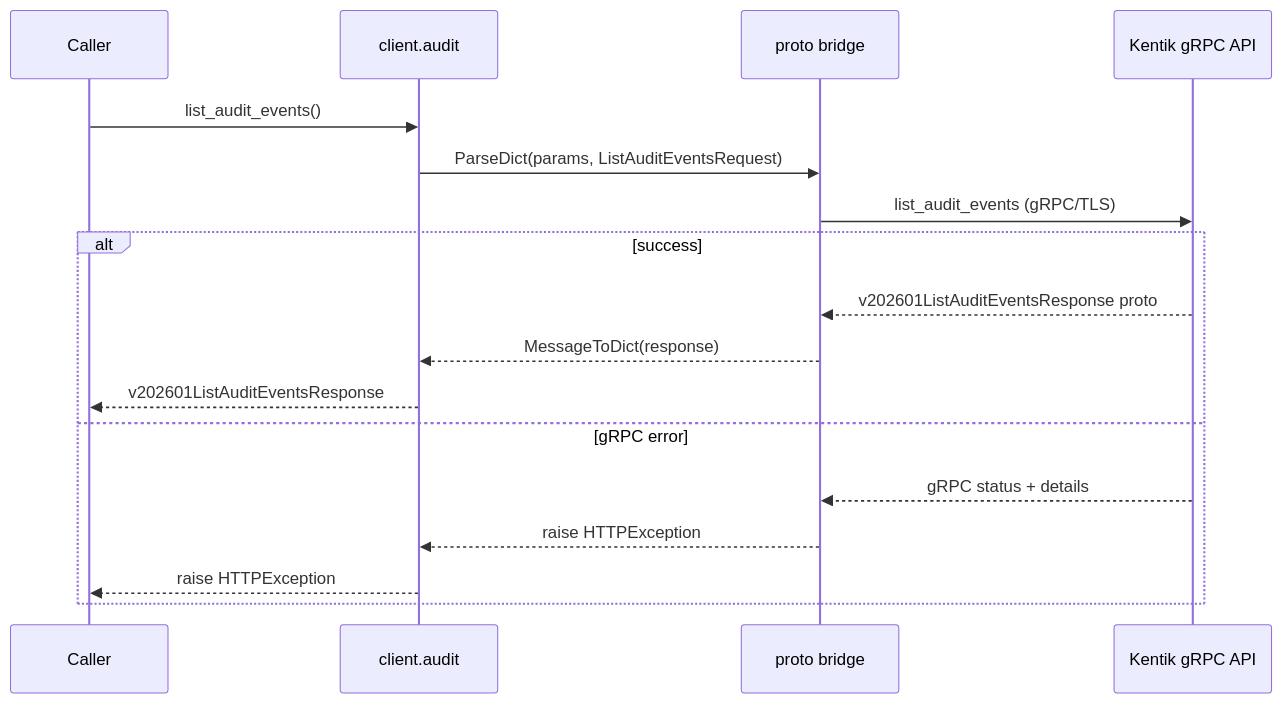
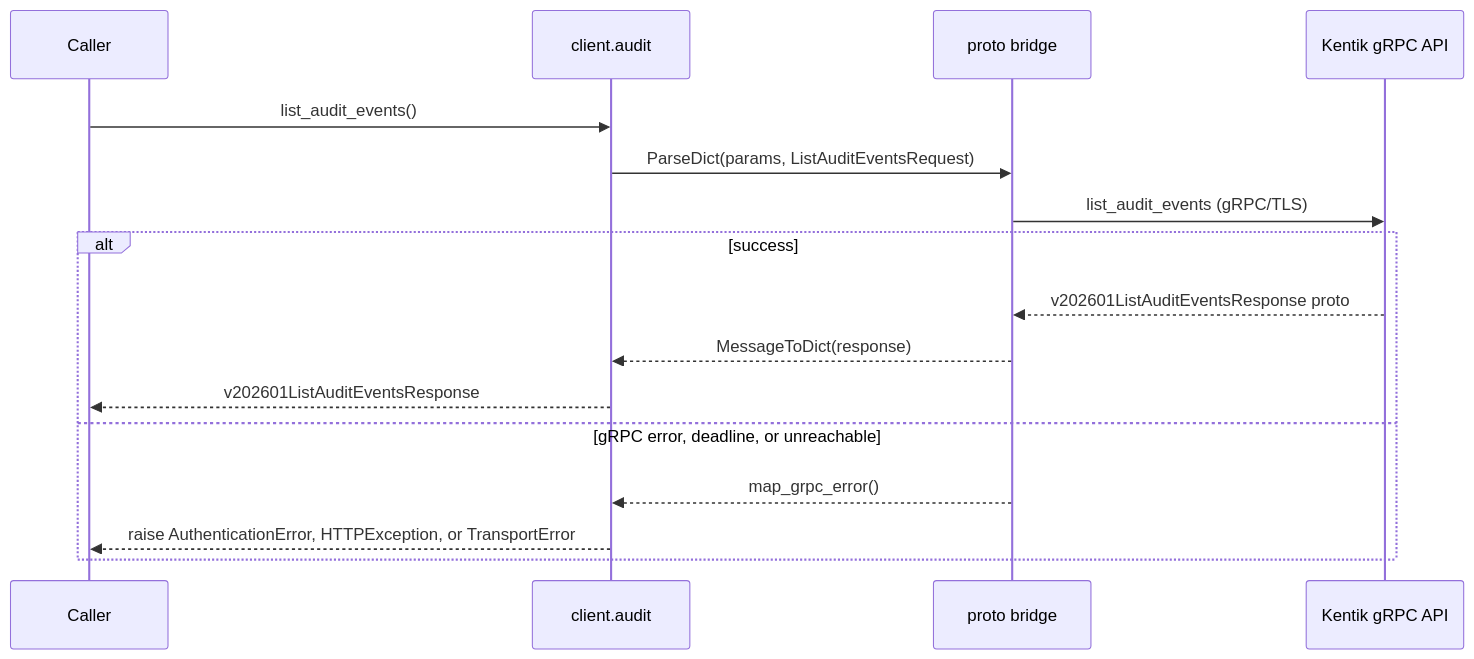
One commit to alexdearaujo/community_sdk_python changed the third of 8 diagrams in docs/sphinx/services/audit.md. Above: the diagram before and after it, drawn with Mermaid. The commit also changed other lines of this file and 35 other files, not shown here.

First line of the commit message:
docs: show the current exceptions in every service page's call diagrams

````diff
--- a/docs/sphinx/services/audit.md
+++ b/docs/sphinx/services/audit.md
@@ -57,20 +59,19 @@
 ```mermaid
 sequenceDiagram
     participant C as Caller
     participant W as client.audit
     participant B as proto bridge
     participant API as Kentik gRPC API
 
     C->>W: list_audit_events()
     W->>B: ParseDict(params, ListAuditEventsRequest)
     B->>API: list_audit_events (gRPC/TLS)
     alt success
         API-->>B: v202601ListAuditEventsResponse proto
         B-->>W: MessageToDict(response)
         W-->>C: v202601ListAuditEventsResponse
-    else gRPC error
-        API-->>B: gRPC status + details
-        B-->>W: raise HTTPException
-        W-->>C: raise HTTPException
+    else gRPC error, deadline, or unreachable
+        B-->>W: map_grpc_error()
+        W-->>C: raise AuthenticationError, HTTPException, or TransportError
     end
 ```
````
